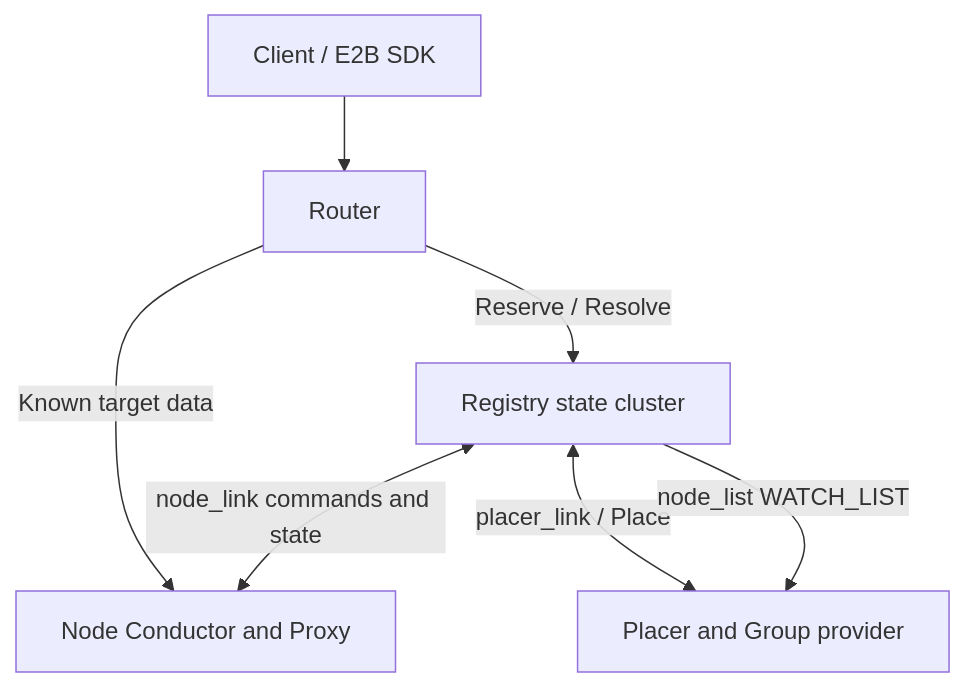
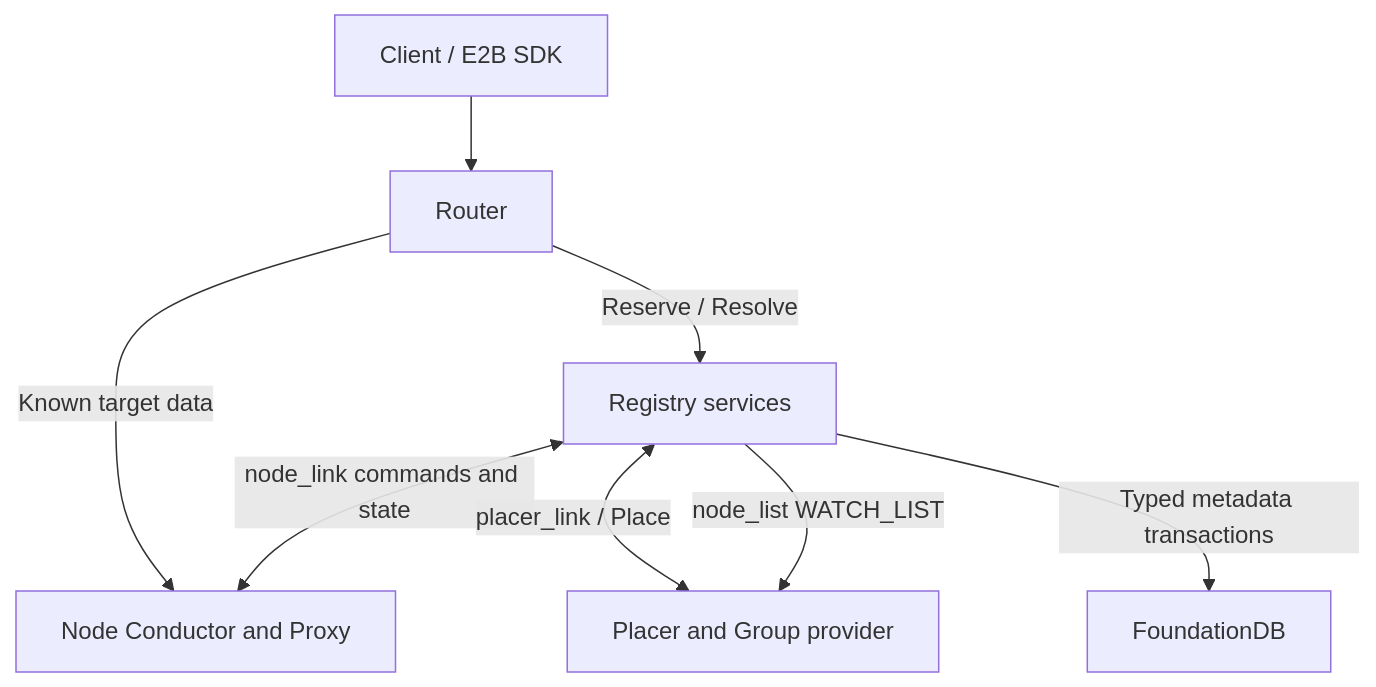
One commit to kuasar-sandbox/orchestrator changed the first of 2 diagrams in docs/cluster.md. Above: the diagram before and after it, drawn with Mermaid. The commit also changed other lines of this file and 225 other files, not shown here.

First line of the commit message:
refactor(cluster): share metadata across FDB, PostgreSQL and SQLite (#563)

````diff
--- a/docs/cluster.md
+++ b/docs/cluster.md
@@ -27,9 +27,10 @@
 ```mermaid
 flowchart TD
   client["Client / E2B SDK"] --> router["Router"]
-  router -->|"Reserve / Resolve"| registry["Registry state cluster"]
+  router -->|"Reserve / Resolve"| registry["Registry services"]
   router -->|"Known target data"| node["Node Conductor and Proxy"]
   registry <-->|"node_link commands and state"| node
   registry <-->|"placer_link / Place"| placer["Placer and Group provider"]
   registry -->|"node_list WATCH_LIST"| placer
+  registry -->|"Typed metadata transactions"| fdb["FoundationDB"]
 ```
````
